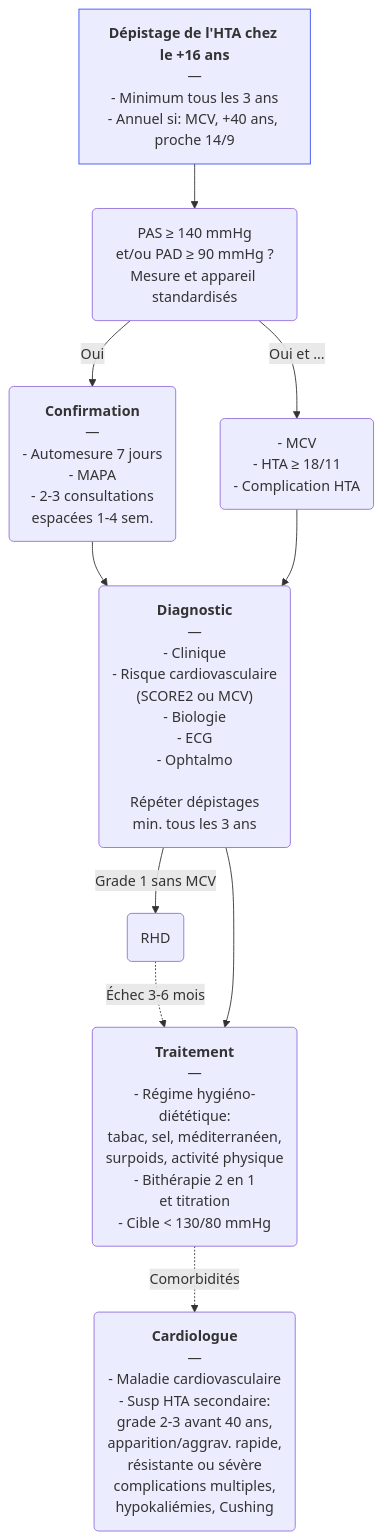
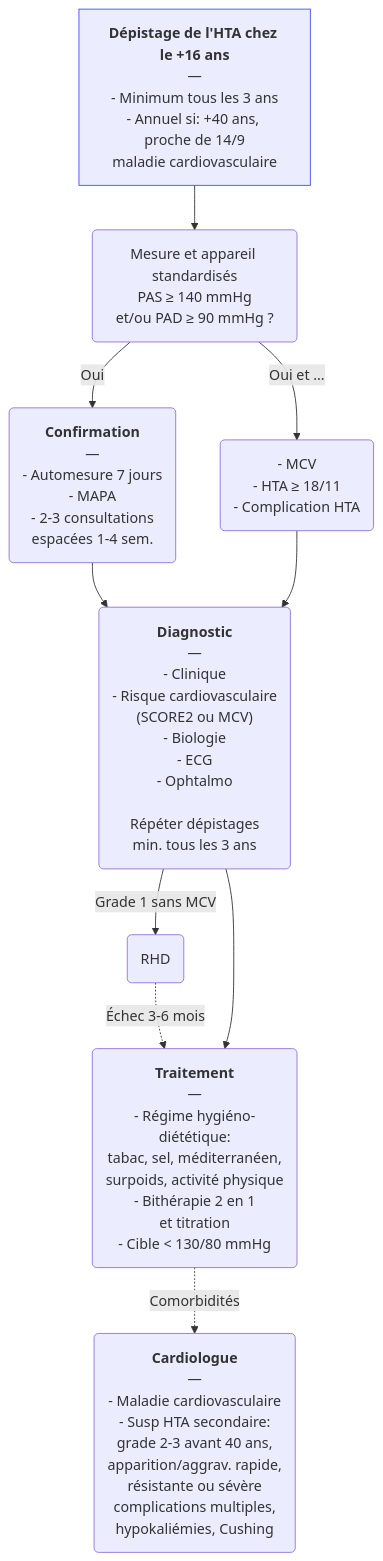
Before and after one commit to djibe/recommandations-medicales: the diagram in content/recommandations/hypertension-arterielle.md, drawn with Mermaid. The commit also changed other lines of this file and 17 other files, not shown here.

```diff
--- a/content/recommandations/hypertension-arterielle.md
+++ b/content/recommandations/hypertension-arterielle.md
@@ -504,9 +507,9 @@
 {{< mermaid title="Prise en charge de l'hypertension artérielle de l'adulte. Drs Alaedine Benani et JB Fron d'après ESH 2023" >}}
 graph TB
-  HTA["<b>Dépistage de l'HTA chez le +16 ans</b><br>—<br>- Minimum tous les 3 ans<br>- Annuel si: MCV, +40 ans, proche 14/9"] --> seuil("PAS ≥ 140 mmHg<br>et/ou PAD ≥ 90 mmHg ?<br>Mesure et appareil standardisés") -- Oui --> confirmation(<b>Confirmation</b><br>—<br>- Automesure 7 jours<br>- MAPA<br>- 2-3 consultations<br>espacées 1-4 sem.)
+  HTA["<b>Dépistage de l'HTA chez le +16 ans</b><br>—<br>- Minimum tous les 3 ans<br>- Annuel si: +40 ans, proche de 14/9<br>maladie cardiovasculaire"] --> seuil("Mesure et appareil standardisés<br>PAS ≥ 140 mmHg<br>et/ou PAD ≥ 90 mmHg ?") -- Oui --> confirmation(<b>Confirmation</b><br>—<br>- Automesure 7 jours<br>- MAPA<br>- 2-3 consultations<br>espacées 1-4 sem.)
   style HTA stroke:#4150f5, stroke-width:1px
     confirmation --> diagnostic("<b>Diagnostic</b><br>—<br>- Clinique<br>- Risque cardiovasculaire<br>(SCORE2 ou MCV)<br>- Biologie<br>- ECG<br>- Ophtalmo<br><br>Répéter dépistages<br>min. tous les 3 ans")
       diagnostic -- Grade 1 sans MCV --> RHD(RHD) -. Échec 3-6 mois .-> traitement
       diagnostic --> traitement("<b>Traitement</b><br>—<br>- Régime hygiéno-diététique:<br>tabac, sel, méditerranéen,<br>surpoids, activité physique<br>- Bithérapie 2 en 1<br>et titration<br>- Cible &lt; 130/80 mmHg") -. Comorbidités .-> cardiologue("<b>Cardiologue</b><br>—<br>- Maladie cardiovasculaire<br>- Susp HTA secondaire:<br>grade 2-3 avant 40 ans,<br>apparition/aggrav. rapide,<br>résistante ou sévère<br>complications multiples,<br>hypokaliémies, Cushing")
     seuil -- "Oui et ..." --> urgent("- MCV<br>- HTA ≥ 18/11<br>- Complication HTA") --> diagnostic
 {{< /mermaid >}}
```
